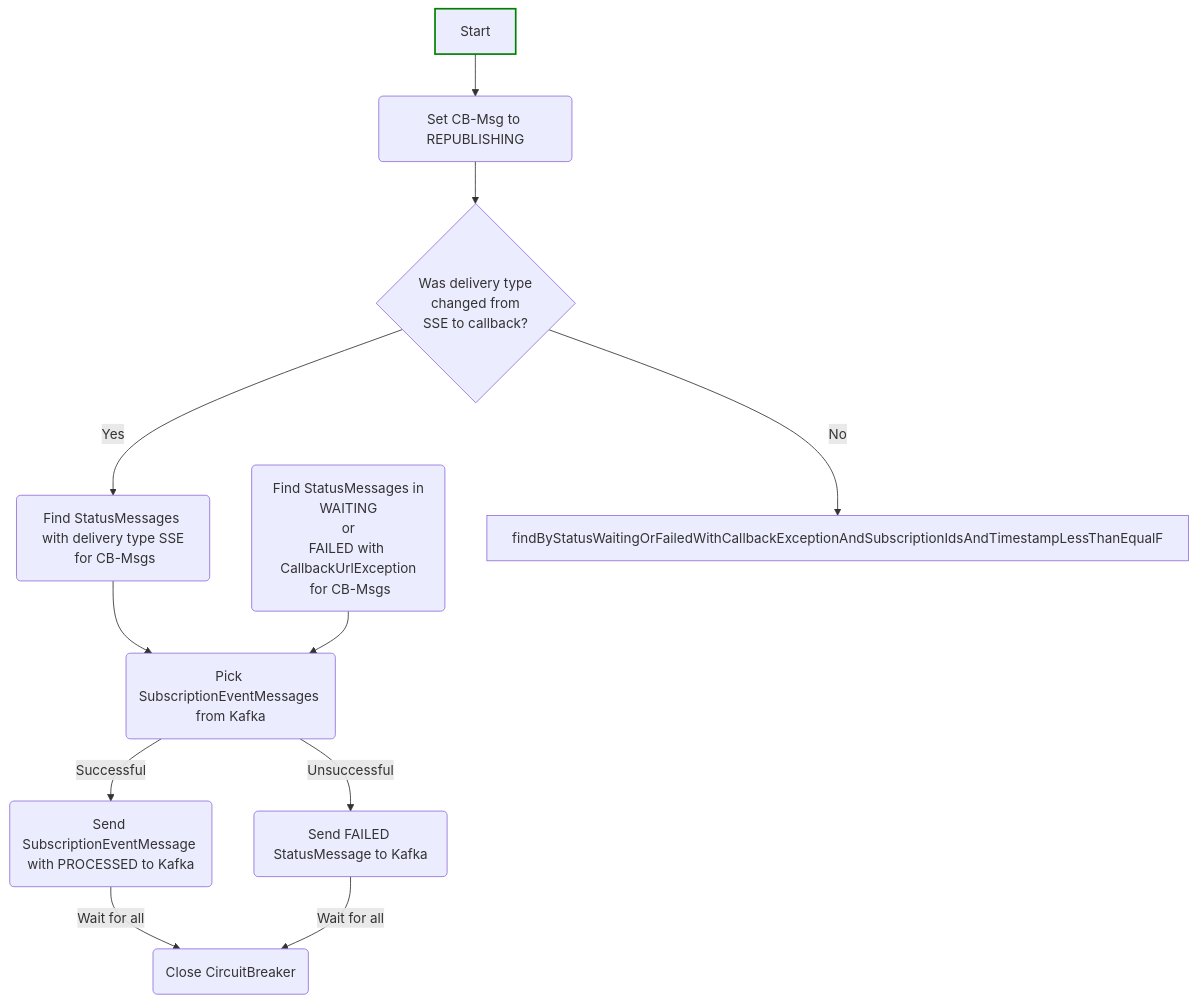
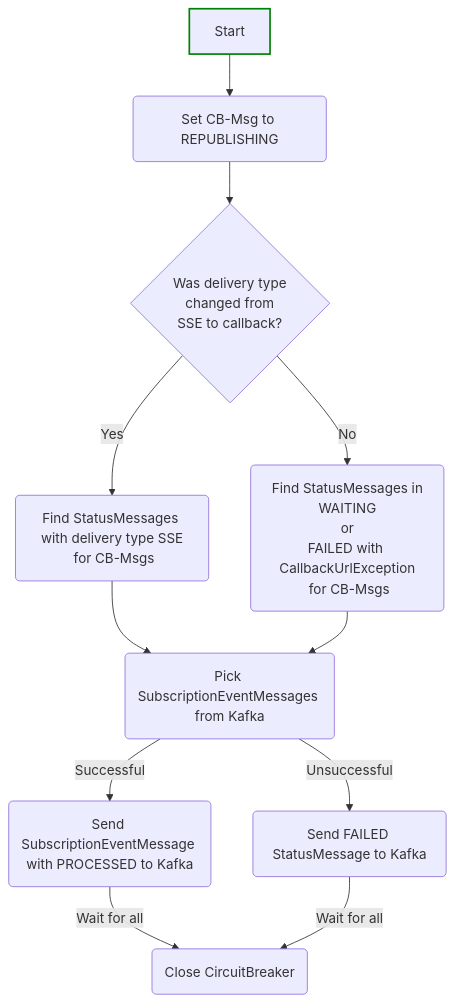
Before and after one commit to telekom/pubsub-horizon-polaris: the sixth of 8 diagrams in docs/architecture.md, drawn with Mermaid. The commit also changed other lines of this file and 6 other files, not shown here.

`````diff
--- a/docs/architecture.md
+++ b/docs/architecture.md
@@ -271,26 +271,26 @@
 ````mermaid
 flowchart TD
     Start
     style Start stroke:green,stroke-width:2px
     SetCBToREPUBLISHING(Set CB-Msg to REPUBLISHING)
     CloseCircuitBreaker(Close CircuitBreaker)
-    FindByStatusWaitingOrFailedWithCallbackExceptionAndSubscriptionIdsAndTimestampLessThanEqual(Find StatusMessages in\nWAITING\nor\nFAILED with CallbackUrlException\n for CB-Msgs)
+    FindByStatusWaitingOrWithCallbackExceptionAndSubscriptionIdsAndTimestampLessThanEqual(Find StatusMessages in\nWAITING\nor\nFAILED with CallbackUrlException\n for CB-Msgs)
     FindByStatusInAndDeliveryTypeAndSubscriptionIdsAsc(Find StatusMessages with delivery type SSE\n for CB-Msgs)
     PickMessagesFromKafka(Pick SubscriptionEventMessages from Kafka)
     SendFAILEDStatusMsgToKafka(Send FAILED StatusMessage to Kafka)
     SendSubEventMsgToKafka(Send SubscriptionEventMessage with PROCESSED to Kafka)
     WasDeliveryTypeToCallback{Was delivery type\nchanged from\nSSE to callback?}
 
 
     Start --> SetCBToREPUBLISHING
     SetCBToREPUBLISHING --> WasDeliveryTypeToCallback
     WasDeliveryTypeToCallback --> |Yes| FindByStatusInAndDeliveryTypeAndSubscriptionIdsAsc
-    WasDeliveryTypeToCallback --> |No| findByStatusWaitingOrFailedWithCallbackExceptionAndSubscriptionIdsAndTimestampLessThanEqualF
+    WasDeliveryTypeToCallback --> |No| FindByStatusWaitingOrWithCallbackExceptionAndSubscriptionIdsAndTimestampLessThanEqual
     FindByStatusInAndDeliveryTypeAndSubscriptionIdsAsc --> PickMessagesFromKafka
-    FindByStatusWaitingOrFailedWithCallbackExceptionAndSubscriptionIdsAndTimestampLessThanEqual --> PickMessagesFromKafka
+  FindByStatusWaitingOrWithCallbackExceptionAndSubscriptionIdsAndTimestampLessThanEqual --> PickMessagesFromKafka
     PickMessagesFromKafka --> |Successful| SendSubEventMsgToKafka
     PickMessagesFromKafka --> |Unsuccessful| SendFAILEDStatusMsgToKafka
 
     SendSubEventMsgToKafka --> |Wait for all| CloseCircuitBreaker
     SendFAILEDStatusMsgToKafka --> |Wait for all| CloseCircuitBreaker
 ````
`````
